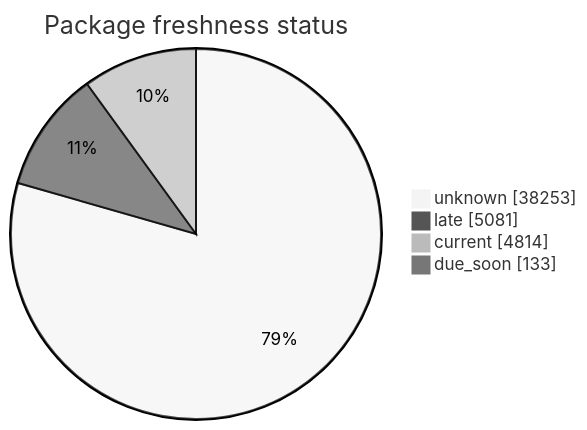
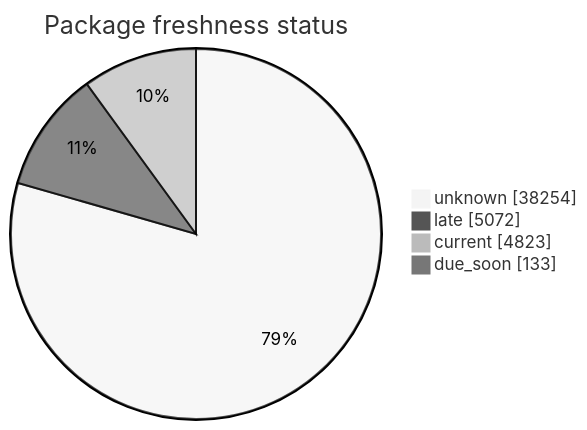
One commit to open-data/analytics-corporate-reporting changed the second of 5 diagrams in FreshCheck/README.md. Above: the diagram before and after it, drawn with Mermaid (neutral theme). The commit also changed other lines of this file and 3 other files, not shown here.

````diff
--- a/FreshCheck/README.md
+++ b/FreshCheck/README.md
@@ -68,7 +68,7 @@
 ```mermaid
 pie showData title Package freshness status
-    "unknown": 38253
-    "late": 5081
-    "current": 4814
+    "unknown": 38254
+    "late": 5072
+    "current": 4823
     "due_soon": 133
 ```
````
